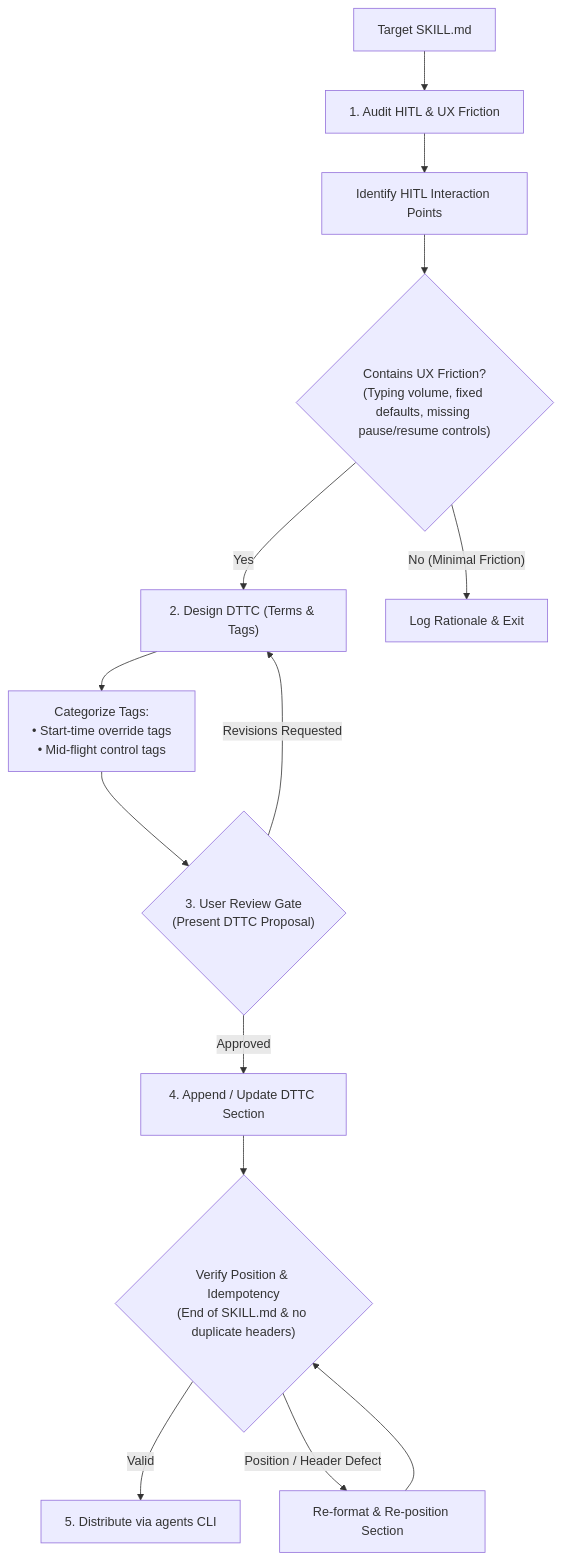
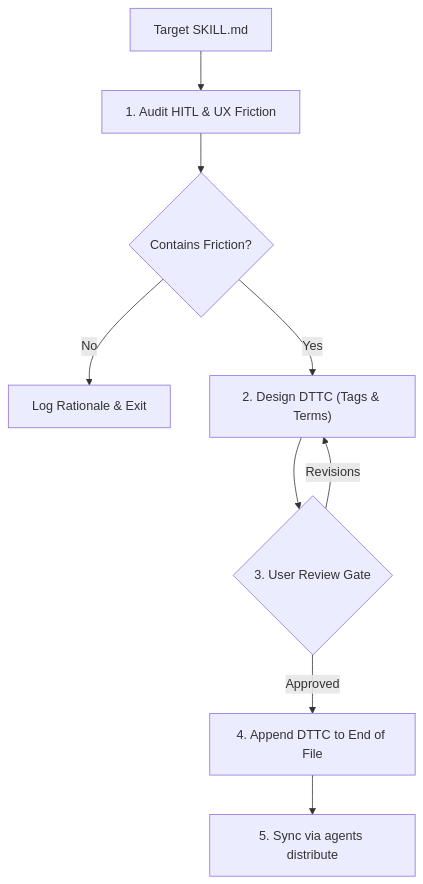
The diagram in .agents/skills/write-skill-dttc/SKILL.md (loerei/patchitRIGHT), drawn with Mermaid before and after one commit. The commit also changed other lines of this file and 129 other files, not shown here.

````diff
--- a/.agents/skills/write-skill-dttc/SKILL.md
+++ b/.agents/skills/write-skill-dttc/SKILL.md
@@ -12,19 +12,11 @@
 ```mermaid
 flowchart TD
     Start["Target SKILL.md"] --> Step1["1. Audit HITL & UX Friction"]
-    Step1 --> AuditHITL["Identify HITL Interaction Points"]
-    AuditHITL --> CheckFriction{"Contains UX Friction?<br/>(Typing volume, fixed defaults, missing pause/resume controls)"}
-    
-    CheckFriction -->|"Yes"| Step2["2. Design DTTC (Terms & Tags)"]
-    CheckFriction -->|"No (Minimal Friction)"| NoFrictionExit["Log Rationale & Exit"]
-    
-    Step2 --> DesignCategories["Categorize Tags:<br/>• Start-time override tags<br/>• Mid-flight control tags"]
-    
-    DesignCategories --> UserGate{"3. User Review Gate<br/>(Present DTTC Proposal)"}
-    UserGate -->|"Revisions Requested"| Step2
-    UserGate -->|"Approved"| Step4["4. Append / Update DTTC Section"]
-    
-    Step4 --> VerifyPosition{"Verify Position & Idempotency<br/>(End of SKILL.md & no duplicate headers)"}
-    VerifyPosition -->|"Valid"| Step5["5. Distribute via agents CLI"]
-    VerifyPosition -->|"Position / Header Defect"| ReformatStep["Re-format & Re-position Section"] --> VerifyPosition
+    Step1 --> CheckFriction{"Contains Friction?"}
+    CheckFriction -->|"No"| Exit["Log Rationale & Exit"]
+    CheckFriction -->|"Yes"| Step2["2. Design DTTC (Tags & Terms)"]
+    Step2 --> UserGate{"3. User Review Gate"}
+    UserGate -->|"Revisions"| Step2
+    UserGate -->|"Approved"| Step4["4. Append DTTC to End of File"]
+    Step4 --> Distribute["5. Sync via agents distribute"]
 ```
````
